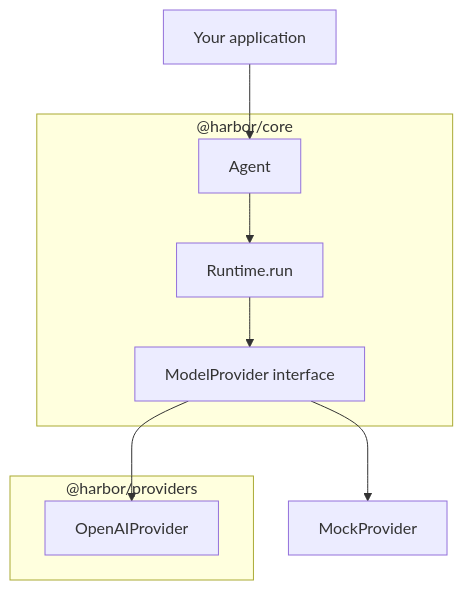
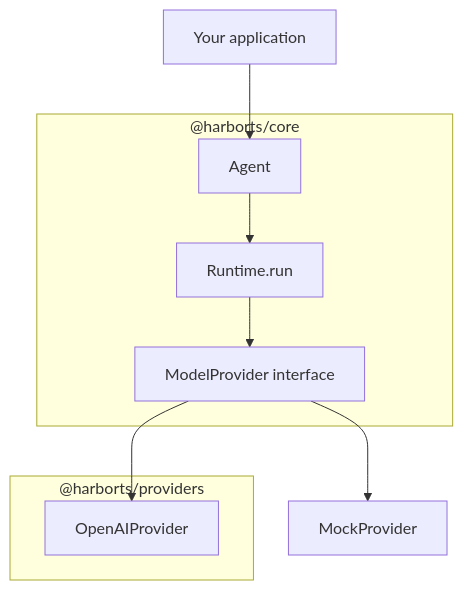
The third of 3 diagrams in docs/index.mdx (harshlocham/harbor), drawn with Mermaid before and after one commit. The commit also changed other lines of this file and 47 other files, not shown here.

First line of the commit message:
refactor: rename package scope from `@harbor` to `@harborts`

````diff
--- a/docs/index.mdx
+++ b/docs/index.mdx
@@ -60,16 +60,16 @@
 ```mermaid
 flowchart TB
   app[Your application] --> agent[Agent]
   agent --> runtime[Runtime.run]
   runtime --> mp[ModelProvider interface]
   mp --> openai[OpenAIProvider]
   mp --> mock[MockProvider]
-  subgraph corePkg ["@harbor/core"]
+  subgraph corePkg ["@harborts/core"]
     agent
     runtime
     mp
   end
-  subgraph providersPkg ["@harbor/providers"]
+  subgraph providersPkg ["@harborts/providers"]
     openai
   end
 ```
````
